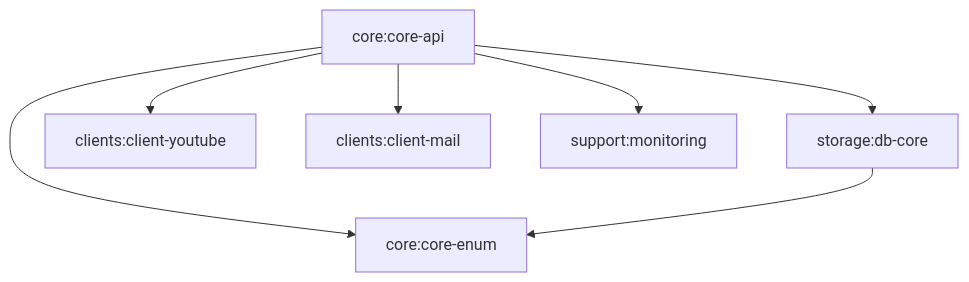
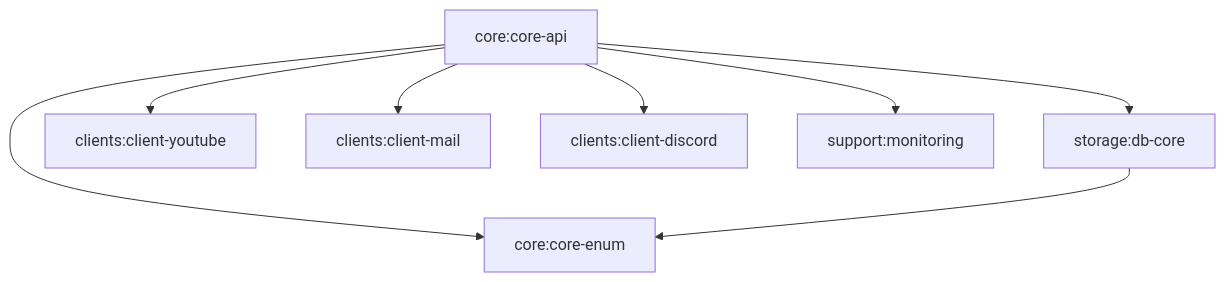
One commit to gudwns1812/FunGame changed the second of 2 diagrams in backend/ARCHITECTURE.md. Above: the diagram before and after it, drawn with Mermaid. The commit also changed other lines of this file and 17 other files, not shown here.

````diff
--- a/backend/ARCHITECTURE.md
+++ b/backend/ARCHITECTURE.md
@@ -83,17 +85,19 @@
 ```mermaid
 graph TD
     core-api["core:core-api"]
     core-enum["core:core-enum"]
     db-core["storage:db-core"]
     youtube["clients:client-youtube"]
     mail["clients:client-mail"]
+    discord["clients:client-discord"]
     monitoring["support:monitoring"]
 
     core-api --> core-enum
     core-api --> db-core
     core-api --> youtube
     core-api --> mail
+    core-api --> discord
     core-api --> monitoring
 
     db-core --> core-enum
 ```
````
